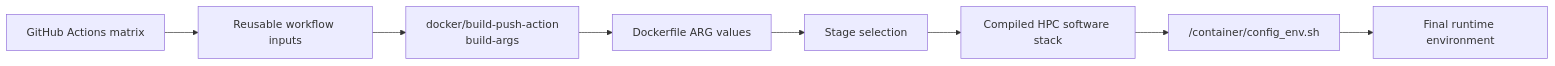
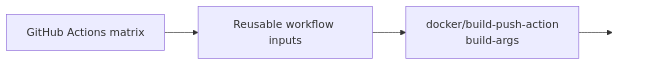
The second of 4 diagrams in DockerfileDoc.md (kedziora-csg/demo_github_actions), drawn with Mermaid before and after one commit. The commit also changed other lines of this file and 1 other file, not shown here.

````diff
--- a/DockerfileDoc.md
+++ b/DockerfileDoc.md
@@ -322,10 +322,8 @@
 ```mermaid
 flowchart LR
     A["GitHub Actions matrix"] --> B["Reusable workflow inputs"]
-    B --> C["docker/build-push-action<br/>build-args"]
-    C --> D["Dockerfile ARG values"]
-    D --> E["Stage selection"]
-    E --> F["Compiled HPC software stack"]
-    F --> G["/container/config_env.sh"]
-    G --> H["Final runtime environment"]
+    B --> C["docker/build-push-action<br/>build-args"] --> Cnext[" "]
+
+    classDef continuation fill:transparent,stroke:transparent,color:transparent;
+    class Cnext continuation;
 ```
````
